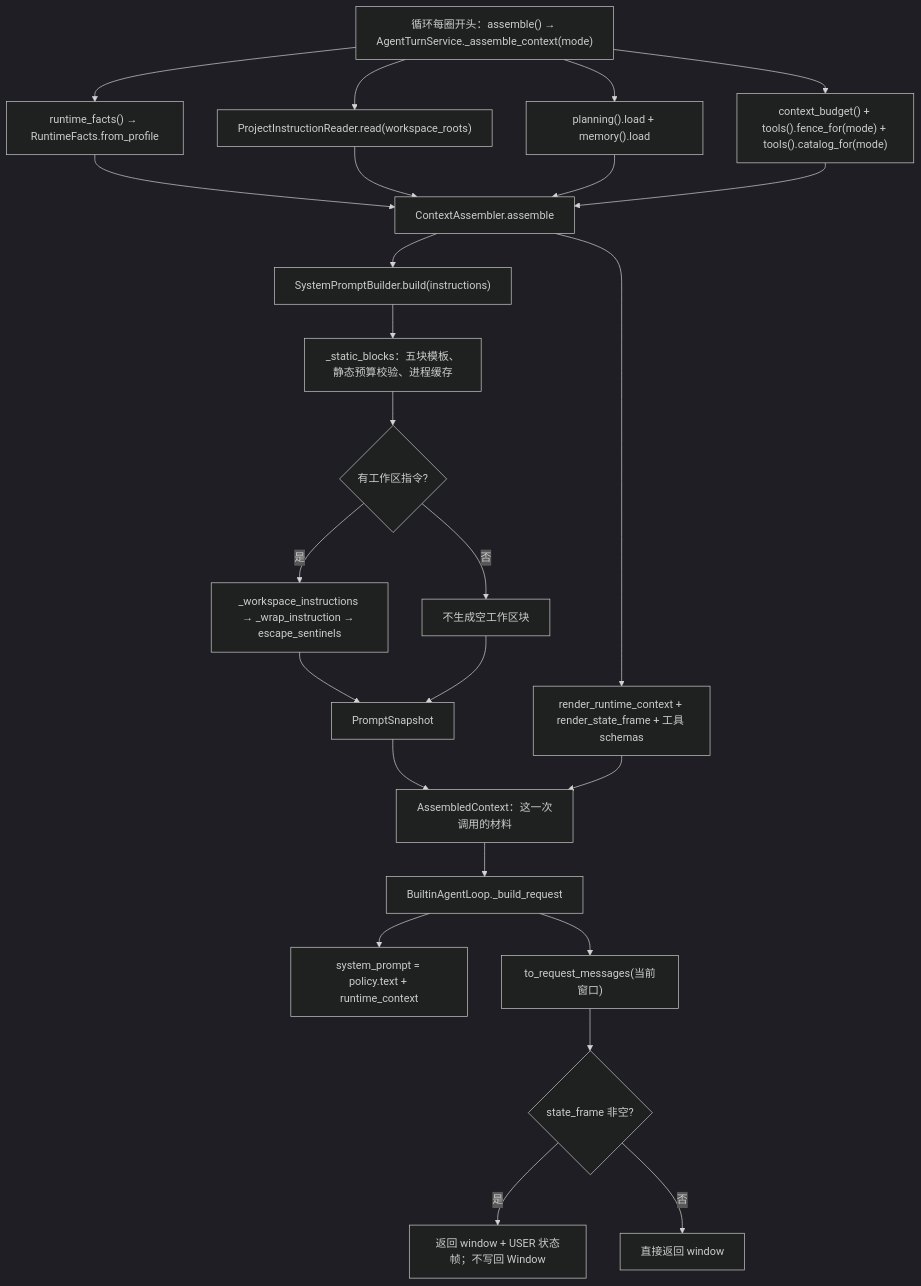
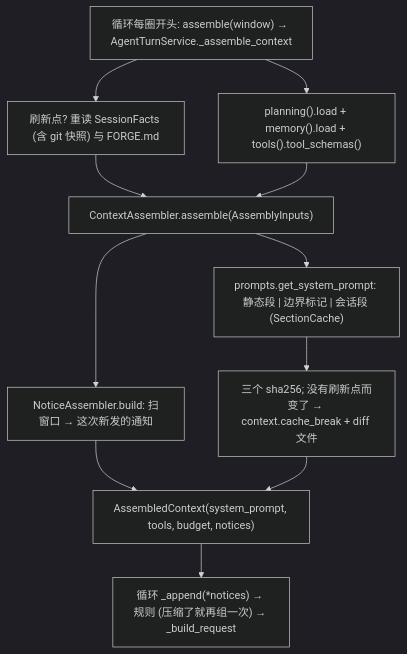
One commit to qubaolai/ForgeCLI changed diagram 15 of 50 in docs/06-代码阅读线路.md. Above: the diagram before and after it, drawn with Mermaid (dark theme). The commit also changed other lines of this file and 292 other files, not shown here.

````diff
--- a/docs/06-代码阅读线路.md
+++ b/docs/06-代码阅读线路.md
@@ -683,27 +714,13 @@
 ```mermaid
 flowchart TD
-    A["循环每圈开头：assemble() → AgentTurnService._assemble_context(mode)"] --> B["runtime_facts() → RuntimeFacts.from_profile"]
-    A --> C["ProjectInstructionReader.read(workspace_roots)"]
-    A --> D["planning().load + memory().load"]
-    A --> E["context_budget() + tools().fence_for(mode) + tools().catalog_for(mode)"]
-    B --> F["ContextAssembler.assemble"]
-    C --> F
-    D --> F
-    E --> F
-    F --> G["SystemPromptBuilder.build(instructions)"]
-    G --> H["_static_blocks：五块模板、静态预算校验、进程缓存"]
-    H --> I{"有工作区指令?"}
-    I -->|是| J["_workspace_instructions → _wrap_instruction → escape_sentinels"]
-    I -->|否| K["不生成空工作区块"]
-    J --> L["PromptSnapshot"]
-    K --> L
-    F --> M["render_runtime_context + render_state_frame + 工具 schemas"]
-    L --> N["AssembledContext：这一次调用的材料"]
-    M --> N
-    N --> O["BuiltinAgentLoop._build_request"]
-    O --> P["system_prompt = policy.text + runtime_context"]
-    O --> Q["to_request_messages(当前窗口)"]
-    Q --> R{"state_frame 非空?"}
-    R -->|是| S["返回 window + USER 状态帧；不写回 Window"]
-    R -->|否| T["直接返回 window"]
+    A["循环每圈开头: assemble(window) → AgentTurnService._assemble_context"] --> B["刷新点? 重读 SessionFacts (含 git 快照) 与 FORGE.md"]
+    A --> C["planning().load + memory().load + tools().tool_schemas()"]
+    B --> D["ContextAssembler.assemble(AssemblyInputs)"]
+    C --> D
+    D --> E["prompts.get_system_prompt: 静态段 | 边界标记 | 会话段 (SectionCache)"]
+    D --> F["NoticeAssembler.build: 扫窗口 → 这次新发的通知"]
+    E --> G["三个 sha256; 没有刷新点而变了 → context.cache_break + diff 文件"]
+    F --> H["AssembledContext(system_prompt, tools, budget, notices)"]
+    G --> H
+    H --> I["循环 _append(*notices) → 规则 (压缩了就再组一次) → _build_request"]
 ```
````
